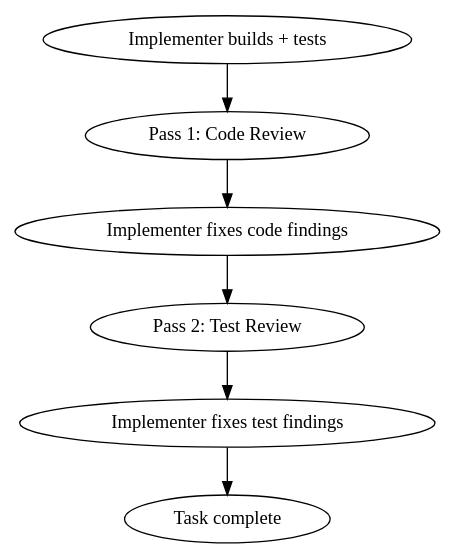
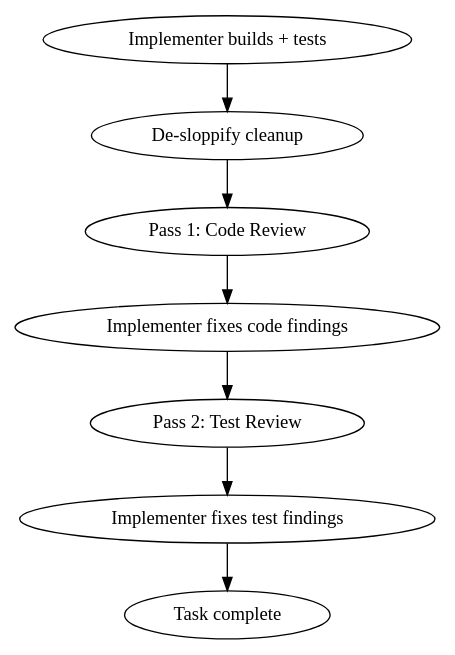
Before and after one commit to coreyfloyd/crucible: the diagram in skills/build/SKILL.md, drawn with Graphviz. The commit also changed other lines of this file and 1 other file, not shown here.

Commit message:
feat: add de-sloppify cleanup step to build Phase 3

````diff
--- a/skills/build/SKILL.md
+++ b/skills/build/SKILL.md
@@ -148,9 +161,10 @@
 ```dot
 digraph review {
-  "Implementer builds + tests" -> "Pass 1: Code Review";
+  "Implementer builds + tests" -> "De-sloppify cleanup";
+  "De-sloppify cleanup" -> "Pass 1: Code Review";
   "Pass 1: Code Review" -> "Implementer fixes code findings";
   "Implementer fixes code findings" -> "Pass 2: Test Review";
   "Pass 2: Test Review" -> "Implementer fixes test findings";
   "Implementer fixes test findings" -> "Task complete";
 }
 ```
````
